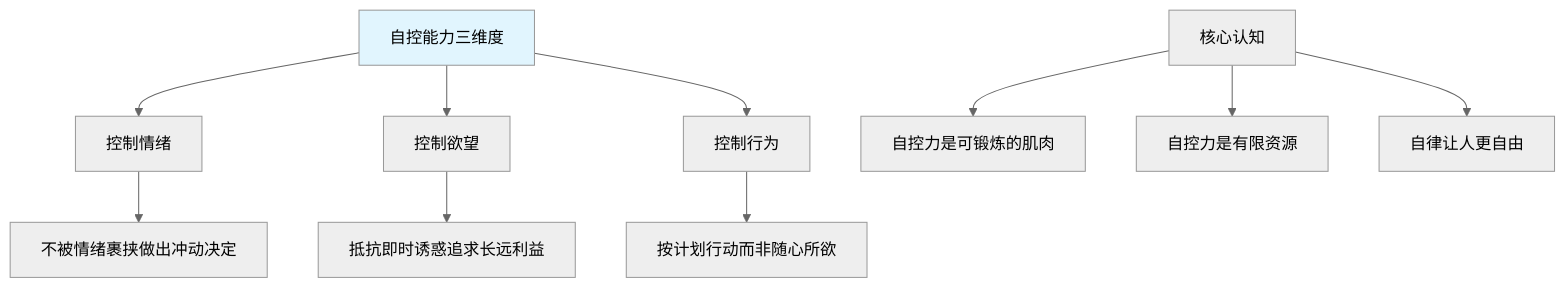
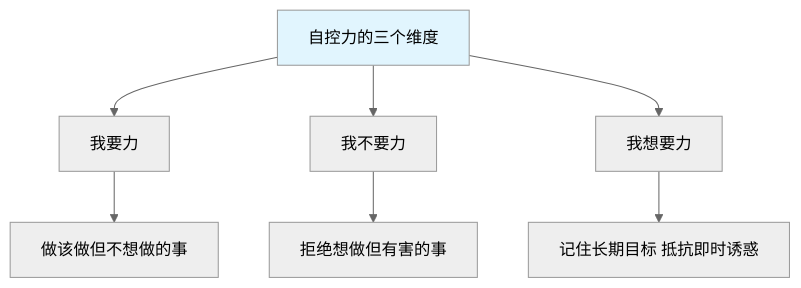
The first of 7 diagrams in 10.打工充平常记录/10.自我精进七课/07.底层思维的训练/7.2自我自控的调节.md (chongyang211/YCBookBlog), drawn with Mermaid (neutral theme) before and after one commit. The commit also changed other lines of this file and 55 other files, not shown here.

````diff
--- a/10.打工充平常记录/10.自我精进七课/07.底层思维的训练/7.2自我自控的调节.md
+++ b/10.打工充平常记录/10.自我精进七课/07.底层思维的训练/7.2自我自控的调节.md
@@ -18,13 +39,10 @@
 ```mermaid
 graph TD
-    A[自控能力三维度] --> B[控制情绪]
-    A --> C[控制欲望]
-    A --> D[控制行为]
-    B --> B1[不被情绪裹挟做出冲动决定]
-    C --> C1[抵抗即时诱惑追求长远利益]
-    D --> D1[按计划行动而非随心所欲]
-    E[核心认知] --> E1[自控力是可锻炼的肌肉]
-    E --> E2[自控力是有限资源]
-    E --> E3[自律让人更自由]
+    A[自控力的三个维度] --> B[我要力]
+    A --> C[我不要力]
+    A --> D[我想要力]
+    B --> B1[做该做但不想做的事]
+    C --> C1[拒绝想做但有害的事]
+    D --> D1[记住长期目标 抵抗即时诱惑]
     style A fill:#e1f5fe
 ```
````
